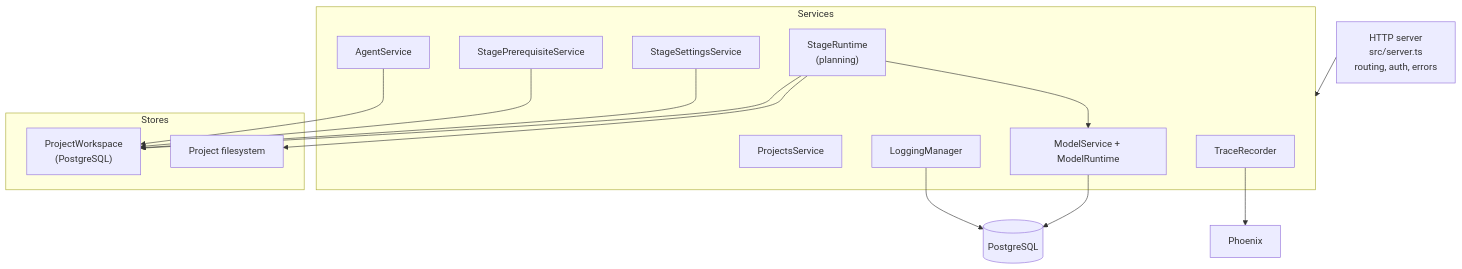
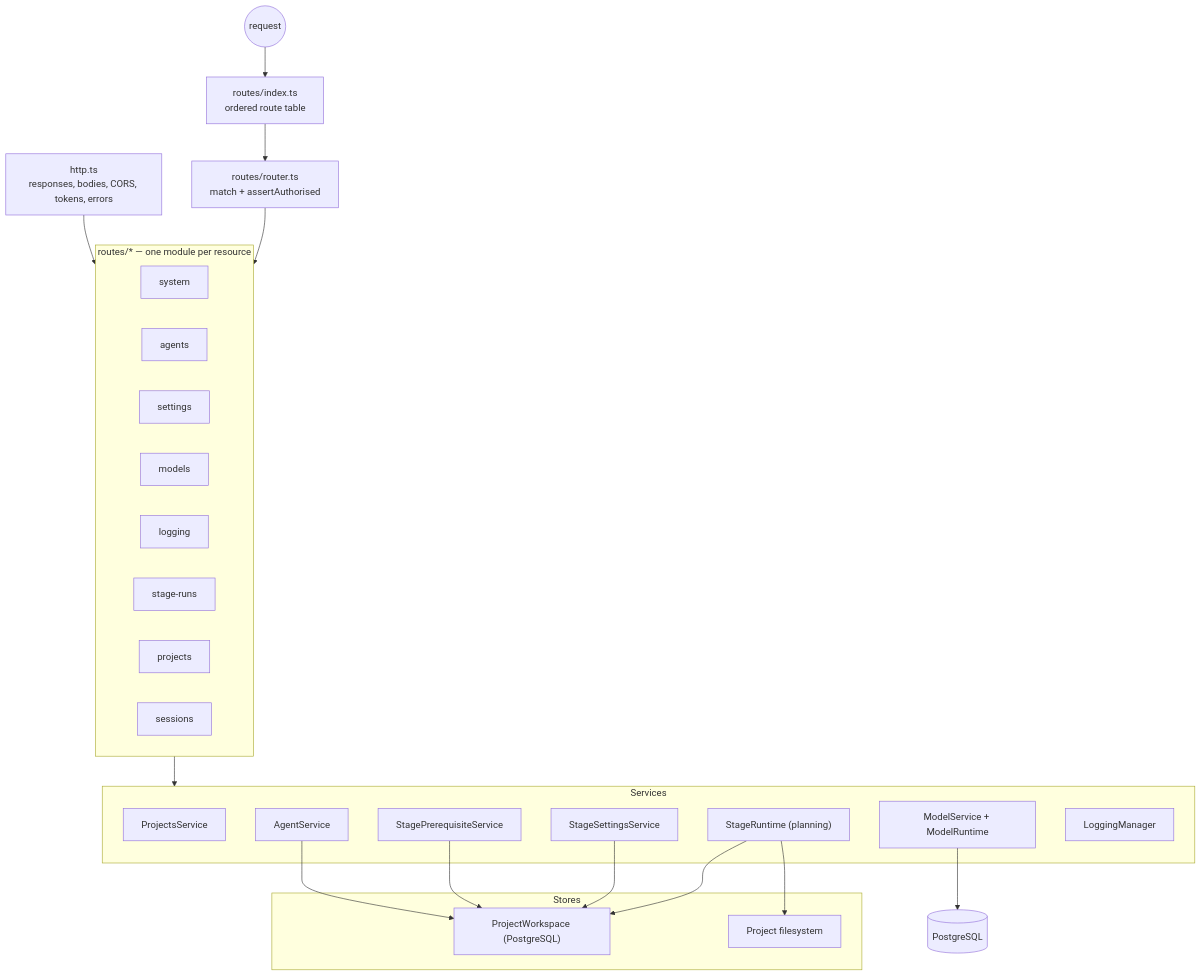
Before and after one commit to keensap/AIFactory: the third of 17 diagrams in docs/ARCHITECTURE.md, drawn with Mermaid. The commit also changed other lines of this file and 17 other files, not shown here.

First line of the commit message:
routes: a route table with named parameters and declared policy

````diff
--- a/docs/ARCHITECTURE.md
+++ b/docs/ARCHITECTURE.md
@@ -85,28 +85,38 @@
 ```mermaid
 flowchart TB
-  http["HTTP server<br/>src/server.ts<br/>routing, auth, errors"]
+  http["http.ts<br/>responses, bodies, CORS, tokens, errors"]
+  table["routes/index.ts<br/>ordered route table"]
+  matcher["routes/router.ts<br/>match + assertAuthorised"]
+  subgraph routes["routes/* — one module per resource"]
+    sys["system"]
+    agents["agents"]
+    settings["settings"]
+    models["models"]
+    logging["logging"]
+    runs["stage-runs"]
+    projects["projects"]
+    sessions["sessions"]
+  end
   subgraph services["Services"]
-    projects["ProjectsService"]
-    stages["StageRuntime<br/>(planning)"]
-    settings["StageSettingsService"]
+    projectsvc["ProjectsService"]
+    stages["StageRuntime (planning)"]
+    settingssvc["StageSettingsService"]
     prereq["StagePrerequisiteService"]
-    agents["AgentService"]
-    models["ModelService + ModelRuntime"]
-    logging["LoggingManager"]
-    telemetry["TraceRecorder"]
+    agentsvc["AgentService"]
+    modelssvc["ModelService + ModelRuntime"]
+    logman["LoggingManager"]
   end
   subgraph stores["Stores"]
-    ws["ProjectWorkspace<br/>(PostgreSQL)"]
+    ws["ProjectWorkspace (PostgreSQL)"]
     files["Project filesystem"]
   end
-  http --> services
+  request(("request")) --> table --> matcher --> routes
+  routes --> services
   stages --> ws
   stages --> files
-  stages --> models
-  settings --> ws
+  settingssvc --> ws
   prereq --> ws
-  agents --> ws
-  models --> db[("PostgreSQL")]
-  logging --> db
-  telemetry --> phoenix["Phoenix"]
+  agentsvc --> ws
+  modelssvc --> db[("PostgreSQL")]
+  http --> routes
 ```
````
